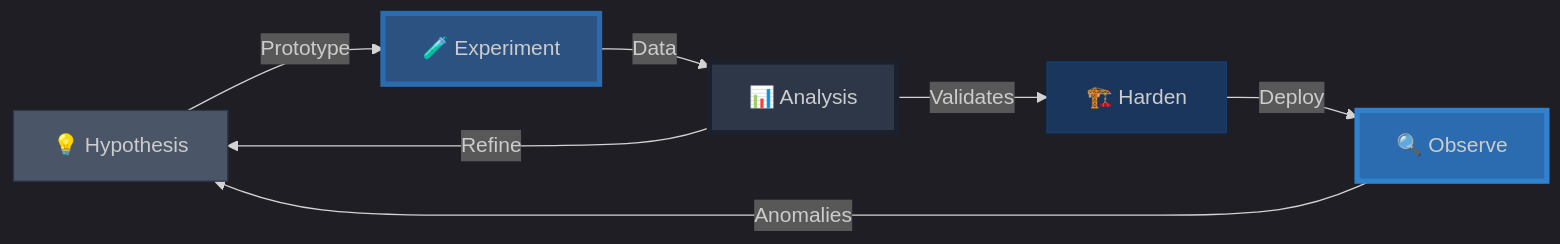
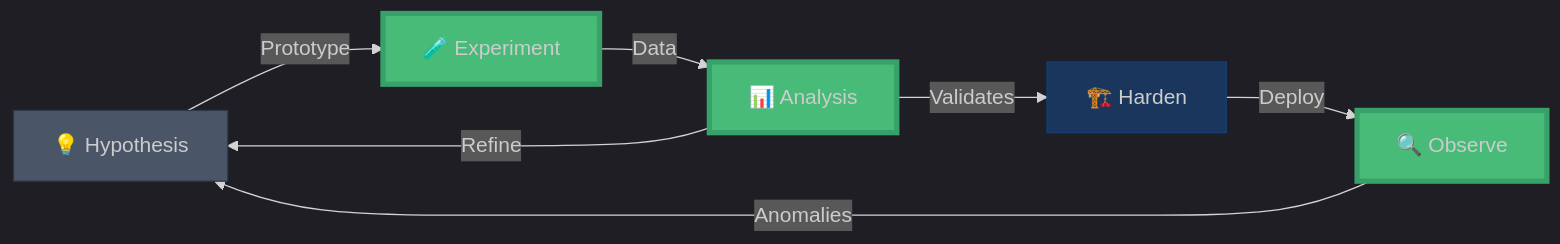
Before and after one commit to perryjr1444-ux/perryjr1444-ux: the diagram in README.md, drawn with Mermaid. The commit also changed other lines of this file, not shown here.

Commit message:
Fix Mermaid diagram and header design - remove style conflicts and enable animations

````diff
--- a/README.md
+++ b/README.md
@@ -203,19 +203,16 @@
 ```mermaid
 %%{init: {'theme':'dark'}}%%
 graph LR
     A[💡 Hypothesis] -->|Prototype| B[🧪 Experiment]
     B -->|Data| C[📊 Analysis]
     C -->|Refine| A
     C -->|Validates| D[🏗️ Harden]
     D -->|Deploy| E[🔍 Observe]
     E -->|Anomalies| A
 
     style A fill:#4a5568,stroke:#2d3748
-    style B fill:#2c5282,stroke:#2b6cb0
-    style C fill:#2d3748,stroke:#1a202c
     style D fill:#1a365d,stroke:#153e75
-    style E fill:#2b6cb0,stroke:#3182ce
 
     classDef active fill:#48bb78,stroke:#38a169,stroke-width:4px
     class B,C,E active
 ```
````
